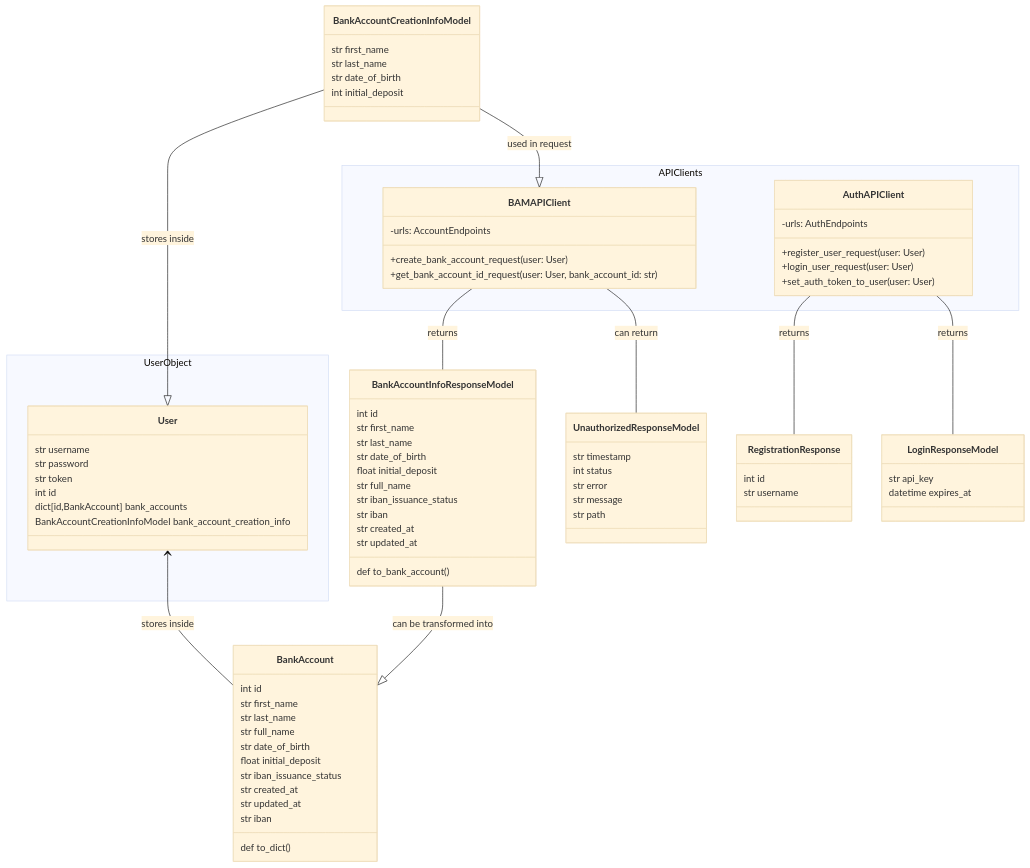
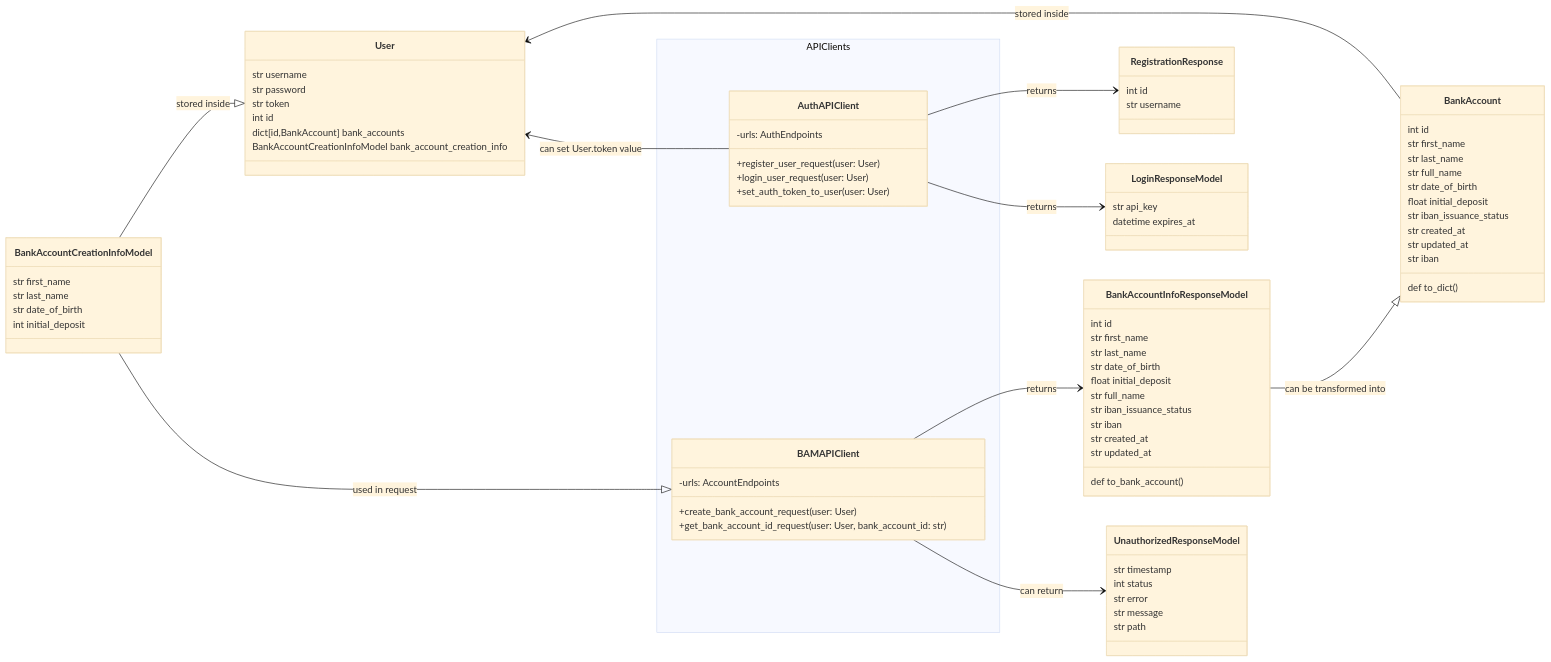
Before and after one commit to CMDRMark/sumup-task: the diagram in Full models relations.md, drawn with Mermaid (base theme). The commit also changed 1 other file, not shown here.

Commit message:
Final commit

````diff
--- a/Full models relations.md
+++ b/Full models relations.md
@@ -2,8 +2,7 @@
 ```mermaid
 classDiagram
-direction TB
-	namespace UserObject {
-        class User {
+direction LR
+	class User {
 	        str username
 	        str password
 	        str token
@@ -11,8 +10,6 @@
 	        dict[id,BankAccount] bank_accounts
 	        BankAccountCreationInfoModel bank_account_creation_info
         }
-
-	}
 	namespace APIClients {
         class BAMAPIClient {
 	        -urls: AccountEndpoints
@@ -81,12 +78,13 @@
 	    datetime expires_at
     }
 
-    User <-- BankAccount : stores inside
-    BankAccountCreationInfoModel --|> User : stores inside
-    BAMAPIClient -- BankAccountInfoResponseModel : returns
-    AuthAPIClient -- RegistrationResponse : returns
-    BAMAPIClient -- UnauthorizedResponseModel : can return
-    AuthAPIClient -- LoginResponseModel : returns
+    User <-- BankAccount : stored inside
+    BankAccountCreationInfoModel --|> User : stored inside
+    BAMAPIClient --> BankAccountInfoResponseModel : returns
+    AuthAPIClient --> RegistrationResponse : returns
+    BAMAPIClient --> UnauthorizedResponseModel : can return
+    AuthAPIClient --> LoginResponseModel : returns
     BankAccountCreationInfoModel --|> BAMAPIClient : used in request
     BankAccountInfoResponseModel --|> BankAccount : can be transformed into
+    User <-- AuthAPIClient : can set User.token value 
 ```
````
